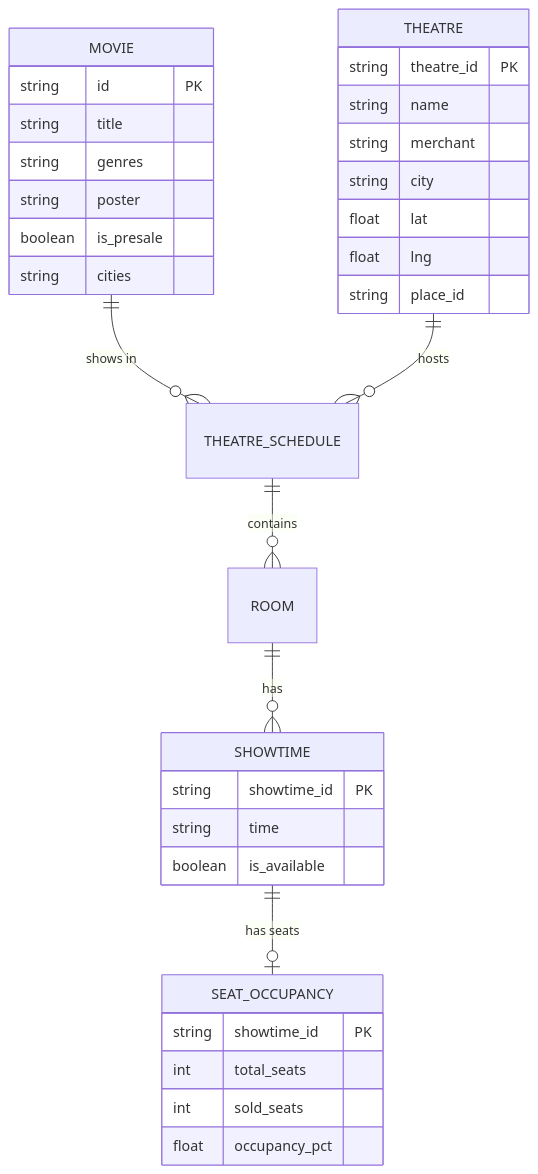
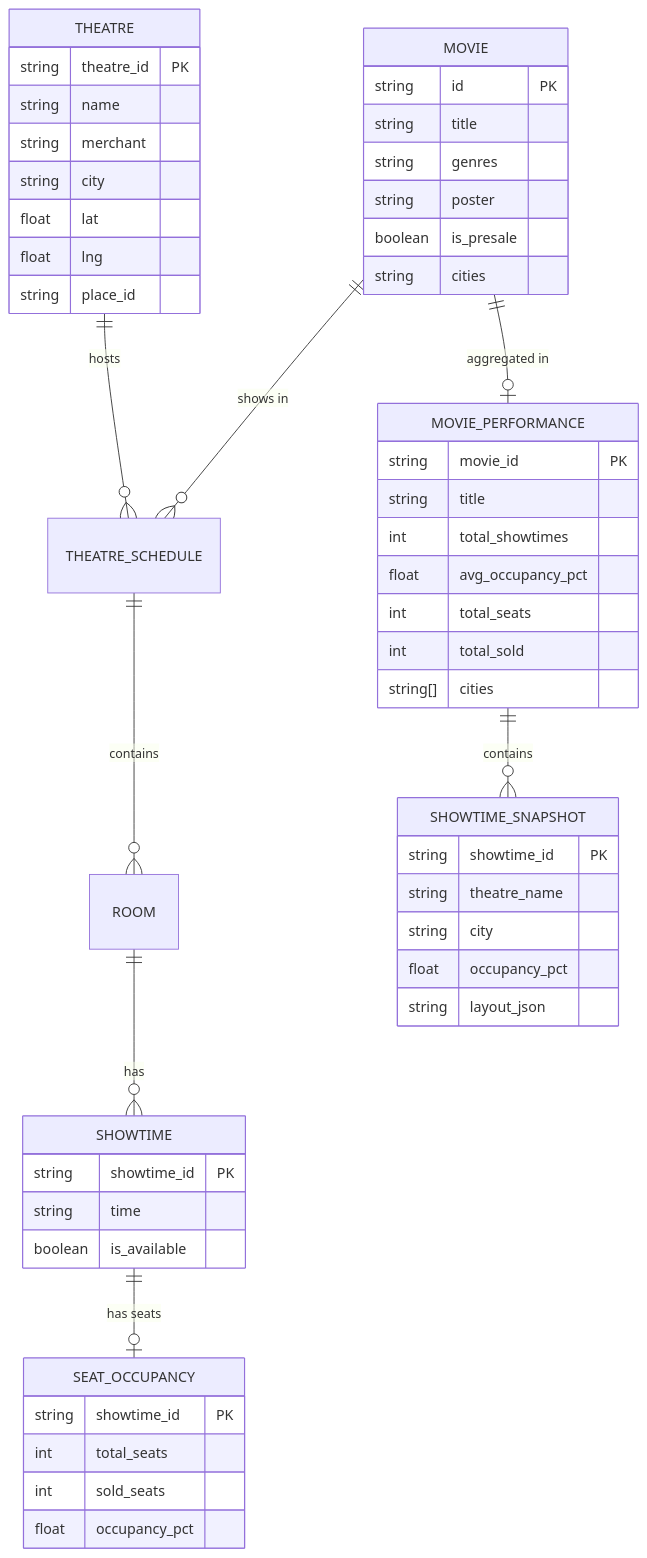
Before and after one commit to okihita/CineRadar: the third of 4 diagrams in docs/01_architecture_and_design.md, drawn with Mermaid. The commit also changed other lines of this file and 19 other files, not shown here.

First line of the commit message:
feat: implement JIT seat scraping and movie performance aggregation

````diff
--- a/docs/01_architecture_and_design.md
+++ b/docs/01_architecture_and_design.md
@@ -179,40 +177,60 @@
 ```mermaid
 erDiagram
     MOVIE ||--o{ THEATRE_SCHEDULE : "shows in"
     THEATRE_SCHEDULE ||--o{ ROOM : contains
     ROOM ||--o{ SHOWTIME : has
     THEATRE ||--o{ THEATRE_SCHEDULE : hosts
     SHOWTIME ||--o| SEAT_OCCUPANCY : "has seats"
+    MOVIE ||--o| MOVIE_PERFORMANCE : "aggregated in"
+    MOVIE_PERFORMANCE ||--o{ SHOWTIME_SNAPSHOT : "contains"
     
     MOVIE {
         string id PK
         string title
         string genres
         string poster
         boolean is_presale
         string cities
     }
     
     THEATRE {
         string theatre_id PK
         string name
         string merchant
         string city
         float lat
         float lng
         string place_id
     }
     
     SHOWTIME {
         string showtime_id PK
         string time
         boolean is_available
     }
     
     SEAT_OCCUPANCY {
         string showtime_id PK
         int total_seats
         int sold_seats
         float occupancy_pct
     }
+    
+    MOVIE_PERFORMANCE {
+        string movie_id PK
+        string title
+        int total_showtimes
+        float avg_occupancy_pct
+        int total_seats
+        int total_sold
+        string[] cities
+    }
+    
+    SHOWTIME_SNAPSHOT {
+        string showtime_id PK
+        string theatre_name
+        string city
+        float occupancy_pct
+        string layout_json
+    }
 ```
````
